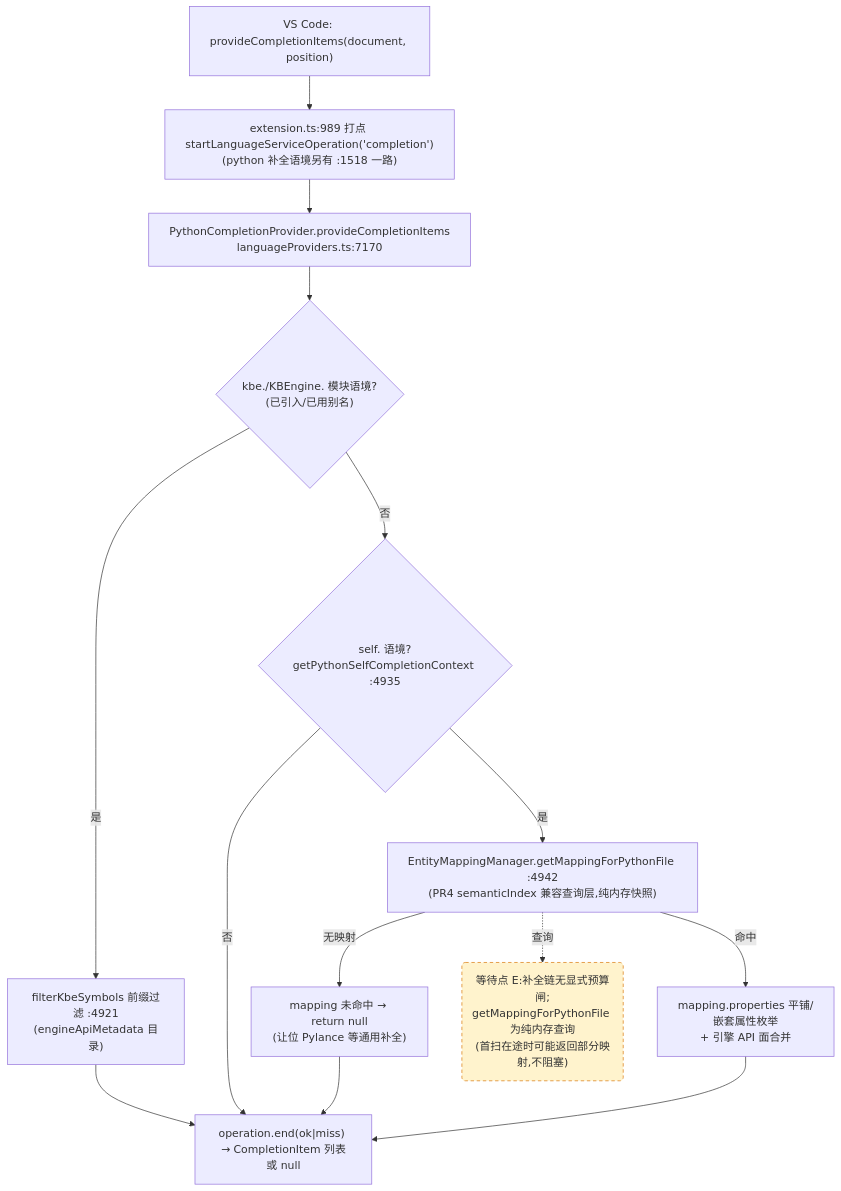
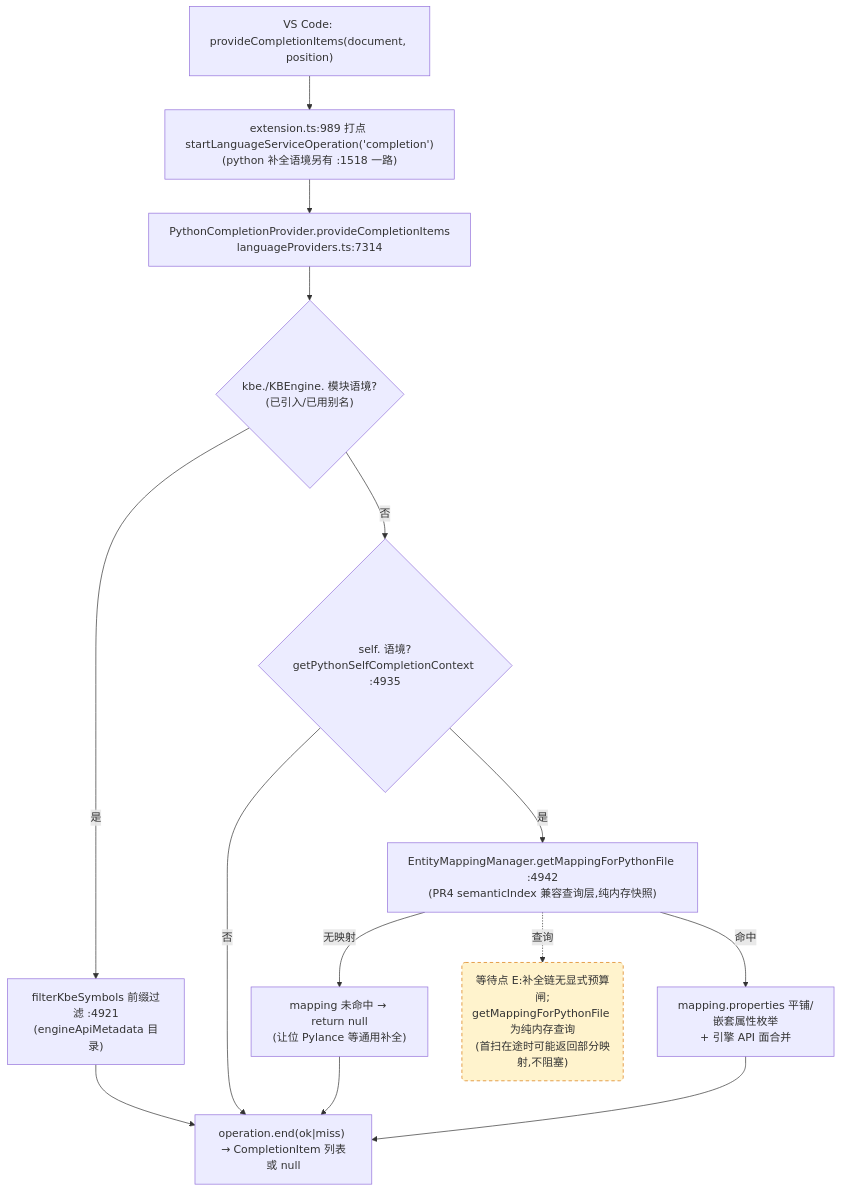
Before and after one commit to cuihairu/kode: the third of 4 diagrams in docs/perf/2026-baseline.md, drawn with Mermaid. The commit also changed other lines of this file and 42 other files, not shown here.

````diff
--- a/docs/perf/2026-baseline.md
+++ b/docs/perf/2026-baseline.md
@@ -184,27 +184,27 @@
 ```mermaid
 flowchart TD
   VC3["VS Code: provideCompletionItems(document, position)"]
   M3["extension.ts:989 打点 startLanguageServiceOperation('completion')<br/>(python 补全语境另有 :1518 一路)"]
-  CP["PythonCompletionProvider.provideCompletionItems<br/>languageProviders.ts:7170"]
+  CP["PythonCompletionProvider.provideCompletionItems<br/>languageProviders.ts:7314"]
   KBEC{"kbe./KBEngine. 模块语境?<br/>(已引入/已用别名)"}
   FILTER["filterKbeSymbols 前缀过滤 :4921<br/>(engineApiMetadata 目录)"]
   SELFC{"self. 语境?<br/>getPythonSelfCompletionContext :4935"}
   MAP["EntityMappingManager.getMappingForPythonFile :4942<br/>(PR4 semanticIndex 兼容查询层,纯内存快照)"]
   NOMAP["mapping 未命中 → return null<br/>(让位 Pylance 等通用补全)"]
   PROPS["mapping.properties 平铺/嵌套属性枚举<br/>+ 引擎 API 面合并"]
   END3["operation.end(ok|miss) → CompletionItem 列表或 null"]
 
   VC3 --> M3 --> CP --> KBEC
   KBEC -- "是" --> FILTER --> END3
   KBEC -- "否" --> SELFC
   SELFC -- "否" --> END3
   SELFC -- "是" --> MAP
   MAP -- "无映射" --> NOMAP --> END3
   MAP -- "命中" --> PROPS --> END3
 
   WAITE("等待点 E:补全链无显式预算闸;<br/>getMappingForPythonFile 为纯内存查询<br/>(首扫在途时可能返回部分映射,不阻塞)")
   MAP -.->|查询| WAITE
 
   classDef waitPoint fill:#fff3cd,stroke:#d97706,stroke-dasharray:5 4;
   class WAITE waitPoint;
 ```
````
